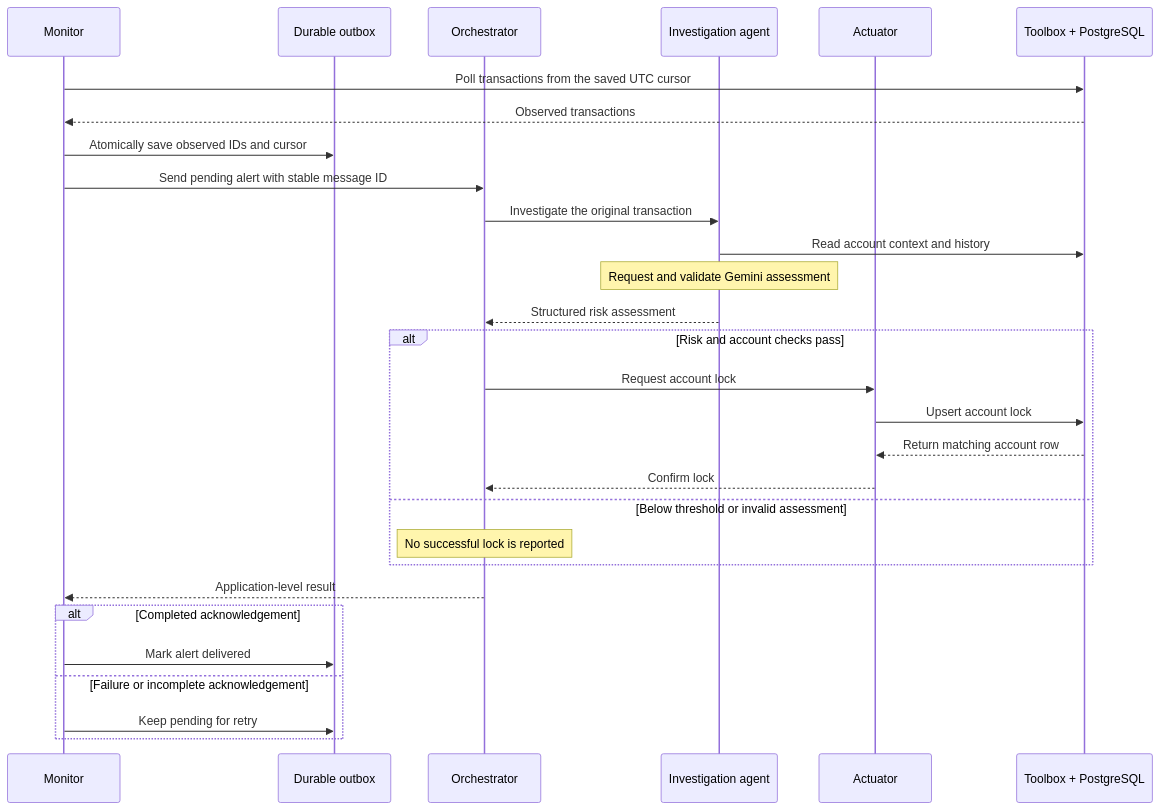
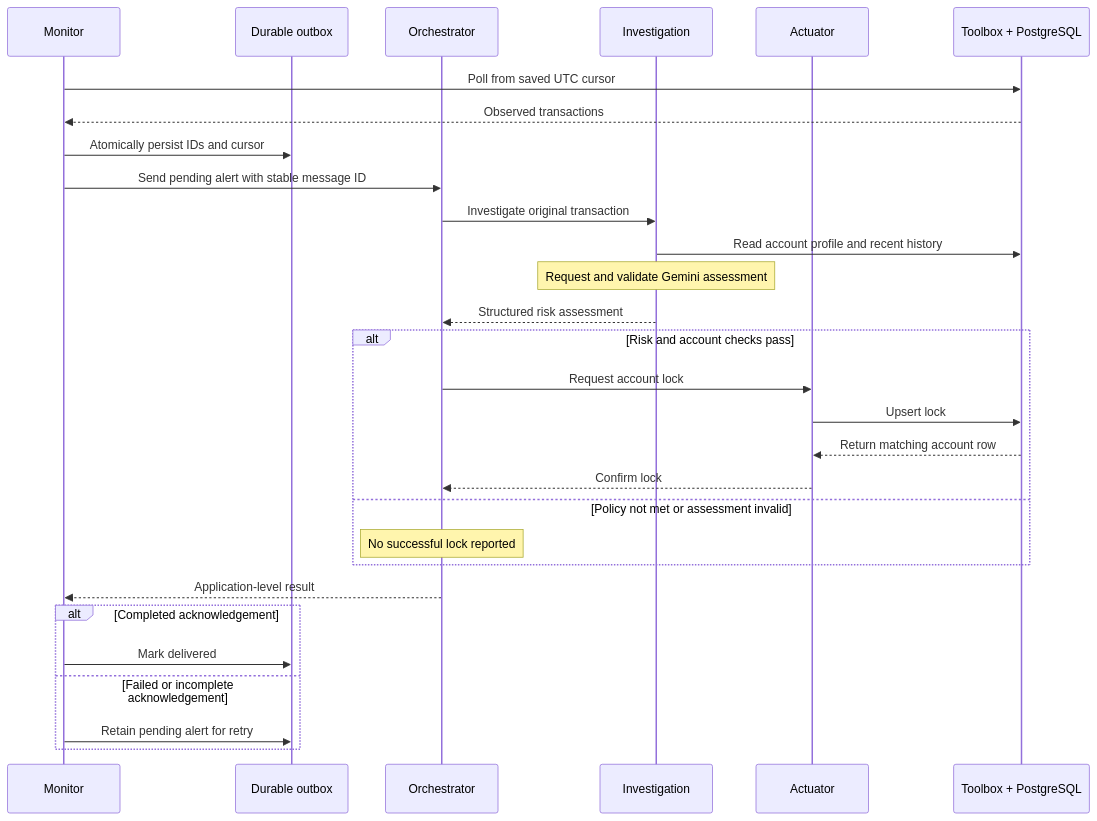
One commit to dgexplores/vigil changed the third of 5 diagrams in README.md. Above: the diagram before and after it, drawn with Mermaid. The commit also changed other lines of this file, not shown here.

````diff
--- a/README.md
+++ b/README.md
@@ -113,31 +111,31 @@
 ```mermaid
 sequenceDiagram
     participant M as Monitor
     participant S as Durable outbox
     participant O as Orchestrator
-    participant I as Investigation agent
+    participant I as Investigation
     participant A as Actuator
     participant D as Toolbox + PostgreSQL
-    M->>D: Poll transactions from the saved UTC cursor
+    M->>D: Poll from saved UTC cursor
     D-->>M: Observed transactions
-    M->>S: Atomically save observed IDs and cursor
+    M->>S: Atomically persist IDs and cursor
     M->>O: Send pending alert with stable message ID
-    O->>I: Investigate the original transaction
-    I->>D: Read account context and history
+    O->>I: Investigate original transaction
+    I->>D: Read account profile and recent history
     Note over I: Request and validate Gemini assessment
     I-->>O: Structured risk assessment
     alt Risk and account checks pass
         O->>A: Request account lock
-        A->>D: Upsert account lock
+        A->>D: Upsert lock
         D-->>A: Return matching account row
         A-->>O: Confirm lock
-    else Below threshold or invalid assessment
-        Note over O: No successful lock is reported
+    else Policy not met or assessment invalid
+        Note over O: No successful lock reported
     end
     O-->>M: Application-level result
     alt Completed acknowledgement
-        M->>S: Mark alert delivered
-    else Failure or incomplete acknowledgement
-        M->>S: Keep pending for retry
+        M->>S: Mark delivered
+    else Failed or incomplete acknowledgement
+        M->>S: Retain pending alert for retry
     end
 ```
````
